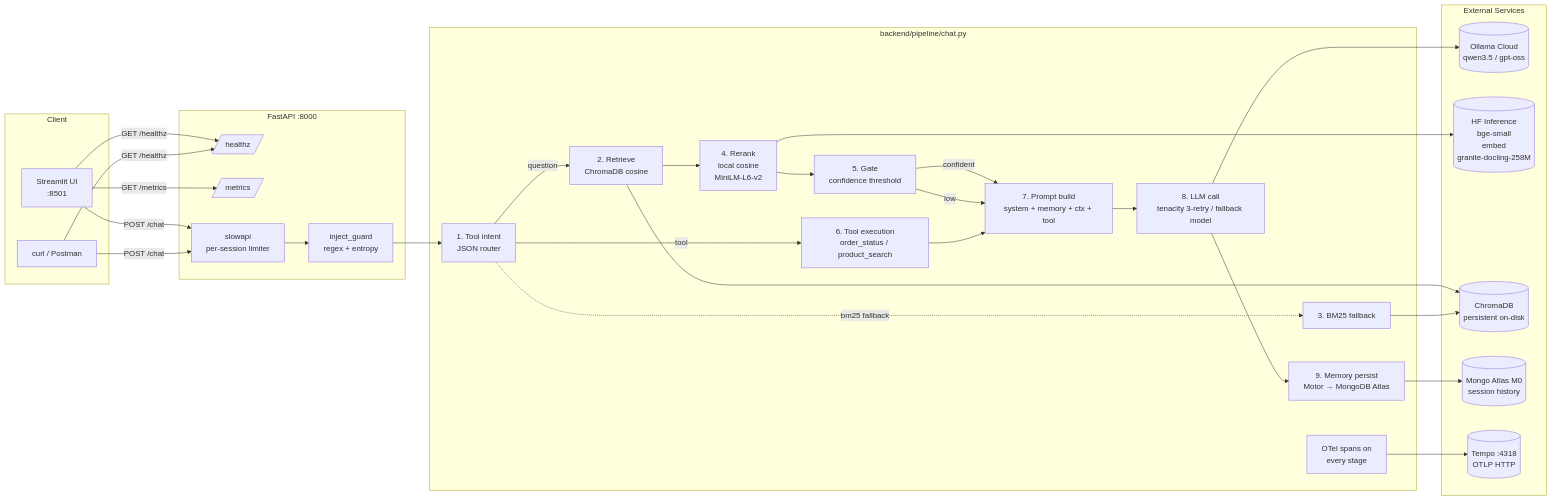
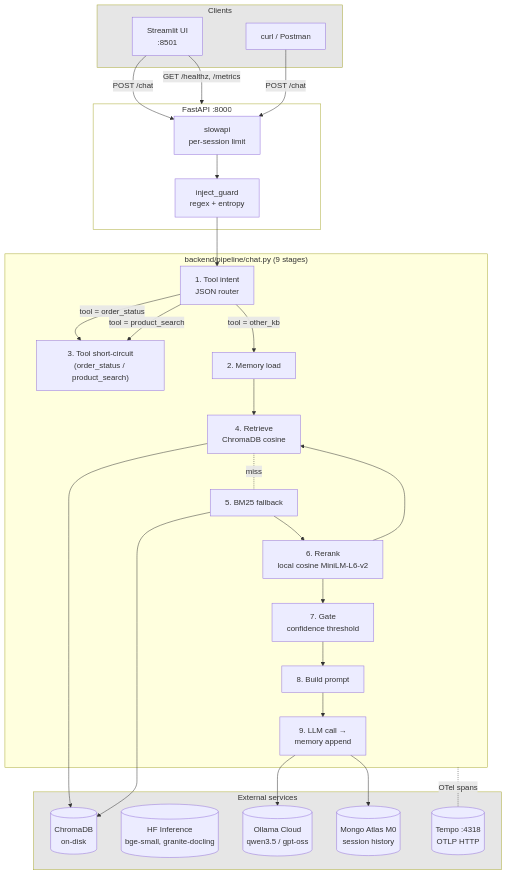
The first of 2 diagrams in README.md (MD-Junayed000/Mini-AI-Assistant-), drawn with Mermaid before and after one commit. The commit also changed other lines of this file and 1 other file, not shown here.

````diff
--- a/README.md
+++ b/README.md
@@ -64,54 +91,52 @@
 ```mermaid
-flowchart LR
-    subgraph Client
-        U[Streamlit UI<br/>:8501]
-        CLI[curl / Postman]
-    end
 
-    subgraph API[FastAPI :8000]
-        H[/healthz/]
-        M[/metrics/]
-        L[slowapi<br/>per-session limiter]
-        ING[inject_guard<br/>regex + entropy]
-    end
+flowchart TB
+ subgraph Clients["Clients"]
+        U["Streamlit UI<br>:8501"]
+        CLI["curl / Postman"]
+  end
+ subgraph API["FastAPI  :8000"]
+        L["slowapi<br>per-session limit"]
+        G["inject_guard<br>regex + entropy"]
+  end
+ subgraph Pipeline["backend/pipeline/chat.py  (9 stages)"]
+        S1["1. Tool intent<br>JSON router"]
+        S2["2. Memory load"]
+        S3["3. Tool short-circuit<br>(order_status / product_search)"]
+        S4["4. Retrieve<br>ChromaDB cosine"]
+        S5["5. BM25 fallback"]
+        S6["6. Rerank<br>local cosine MiniLM-L6-v2"]
+        S7["7. Gate<br>confidence threshold"]
+        S8["8. Build prompt"]
+        S9["9. LLM call →<br>memory append"]
+  end
+ subgraph External["External services"]
+        OLL[("Ollama Cloud<br>qwen3.5 / gpt-oss")]
+        HF[("HF Inference<br>bge-small, granite-docling")]
+        CH[("ChromaDB<br>on-disk")]
+        MG[("Mongo Atlas M0<br>session history")]
+        TP[("Tempo :4318<br>OTLP HTTP")]
+  end
+    U -- POST /chat --> L
+    CLI -- POST /chat --> L
+    U -- GET /healthz, /metrics --> API
+    L --> G
+    G --> S1
+    S1 -- "tool = order_status" --> S3
+    S1 -- "tool = product_search" --> S3
+    S1 -- "tool = other_kb" --> S2
+    S2 --> S4
+    S4 --> CH
+    S4 -. miss .- S5
+    S5 --> CH & S6
+    S6 --> S4 & S7
+    S7 --> S8
+    S8 --> S9
+    S9 --> OLL & MG
+    Pipeline -. OTel spans .- TP
 
-    subgraph Pipeline[backend/pipeline/chat.py]
-        T1[1. Tool intent<br/>JSON router]
-        R[2. Retrieve<br/>ChromaDB cosine]
-        BM[3. BM25 fallback]
-        RR[4. Rerank<br/>local cosine<br/>MiniLM-L6-v2]
-        G[5. Gate<br/>confidence threshold]
-        T2[6. Tool execution<br/>order_status / product_search]
-        P[7. Prompt build<br/>system + memory + ctx + tool]
-        LM[8. LLM call<br/>tenacity 3-retry / fallback model]
-        MEM[9. Memory persist<br/>Motor → MongoDB Atlas]
-        SPAN[OTel spans on<br/>every stage]
-    end
+    style API fill:transparent
+    style Clients fill:#e6e6e6
+    style External fill:#e6e6e6
 
-    subgraph External[External Services]
-        OLL[(Ollama Cloud<br/>qwen3.5 / gpt-oss)]
-        HF[(HF Inference<br/>bge-small
-embed<br/>granite-docling-258M)]  
-        CH[(ChromaDB<br/>persistent on-disk)]
-        MG[(Mongo Atlas M0<br/>session history)]
-        TP[(Tempo :4318<br/>OTLP HTTP)]
-    end
-
-    U -->|POST /chat| L
-    CLI -->|POST /chat| L
-    U -->|GET /healthz| H
-    CLI -->|GET /healthz| H
-    U -->|GET /metrics| M
-    L --> ING --> T1
-    T1 -->|tool| T2
-    T1 -->|question| R --> CH
-    T1 -.bm25 fallback.-> BM --> CH
-    R --> RR --> HF
-    RR --> G
-    G -->|confident| P
-    G -->|low| P
-    T2 --> P
-    P --> LM --> OLL
-    LM --> MEM --> MG
-    SPAN --> TP
 ```
````
